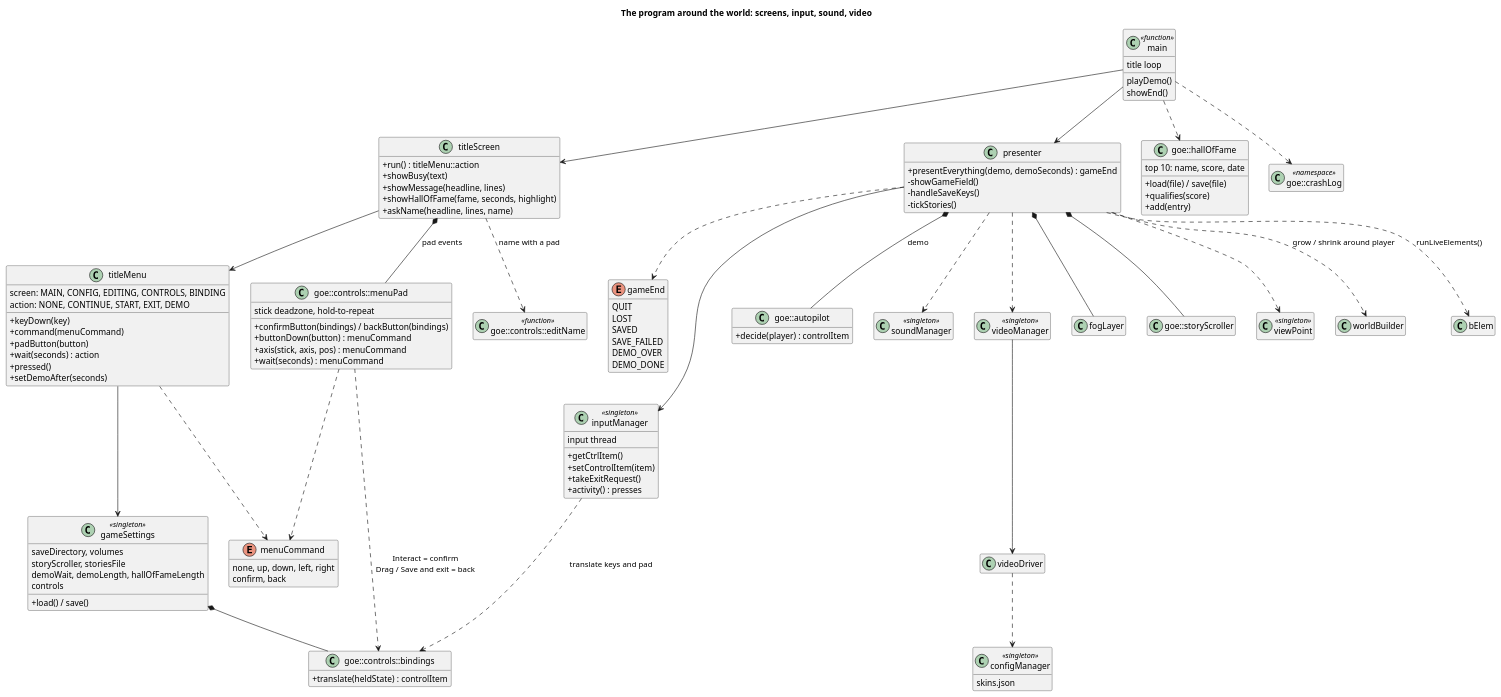
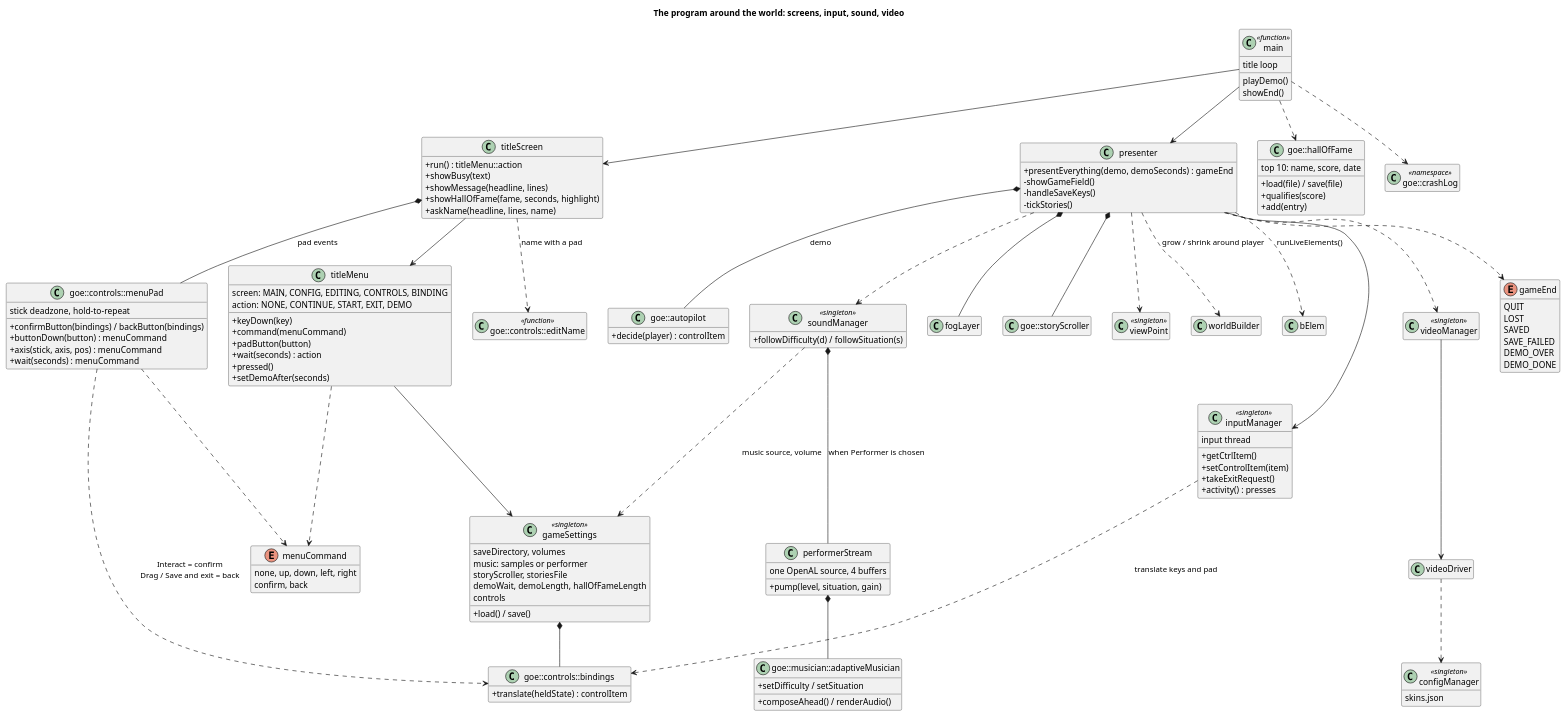
Before and after one commit to arielkonopka/Gardens-of-Eris: the diagram in docs/diagrams/03-application-classes.puml, drawn with PlantUML. The commit also changed 46 other files, not shown here.

First line of the commit message:
Add an adaptive procedural musician, chosen in Config

```diff
--- a/docs/diagrams/03-application-classes.puml
+++ b/docs/diagrams/03-application-classes.puml
@@ -1,116 +1,130 @@
 @startuml
 title The program around the world: screens, input, sound, video
 skinparam classAttributeIconSize 0
 hide empty members
 
 class main <<function>> {
   title loop
   playDemo()
   showEnd()
 }
 class titleScreen {
   +run() : titleMenu::action
   +showBusy(text)
   +showMessage(headline, lines)
   +showHallOfFame(fame, seconds, highlight)
   +askName(headline, lines, name)
 }
 class titleMenu {
   screen: MAIN, CONFIG, EDITING, CONTROLS, BINDING
   action: NONE, CONTINUE, START, EXIT, DEMO
   +keyDown(key)
   +command(menuCommand)
   +padButton(button)
   +wait(seconds) : action
   +pressed()
   +setDemoAfter(seconds)
 }
 class gameSettings <<singleton>> {
   saveDirectory, volumes
+  music: samples or performer
   storyScroller, storiesFile
   demoWait, demoLength, hallOfFameLength
   controls
   +load() / save()
 }
 class "goe::controls::bindings" as bindings {
   +translate(heldState) : controlItem
 }
 class "goe::controls::menuPad" as menuPad {
   stick deadzone, hold-to-repeat
   +confirmButton(bindings) / backButton(bindings)
   +buttonDown(button) : menuCommand
   +axis(stick, axis, pos) : menuCommand
   +wait(seconds) : menuCommand
 }
 enum menuCommand {
   none, up, down, left, right
   confirm, back
 }
 class "goe::controls::editName" as editName <<function>>
 class presenter {
   +presentEverything(demo, demoSeconds) : gameEnd
   -showGameField()
   -handleSaveKeys()
   -tickStories()
 }
 enum gameEnd {
   QUIT
   LOST
   SAVED
   SAVE_FAILED
   DEMO_OVER
   DEMO_DONE
 }
 class inputManager <<singleton>> {
   input thread
   +getCtrlItem()
   +setControlItem(item)
   +takeExitRequest()
   +activity() : presses
 }
 class "goe::autopilot" as autopilot {
   +decide(player) : controlItem
 }
 class "goe::hallOfFame" as hallOfFame {
   top 10: name, score, date
   +load(file) / save(file)
   +qualifies(score)
   +add(entry)
 }
-class soundManager <<singleton>>
+class soundManager <<singleton>> {
+  +followDifficulty(d) / followSituation(s)
+}
+class performerStream {
+  one OpenAL source, 4 buffers
+  +pump(level, situation, gain)
+}
+class "goe::musician::adaptiveMusician" as musician {
+  +setDifficulty / setSituation
+  +composeAhead() / renderAudio()
+}
 class videoManager <<singleton>>
 class videoDriver
 class configManager <<singleton>> {
   skins.json
 }
 class fogLayer
 class "goe::storyScroller" as storyScroller
 class viewPoint <<singleton>>
 class "goe::crashLog" as crashLog <<namespace>>
 
 main --> titleScreen
 main --> presenter
 main ..> hallOfFame
 main ..> crashLog
 titleScreen --> titleMenu
 titleScreen *-- menuPad : pad events
 titleScreen ..> editName : name with a pad
 menuPad ..> menuCommand
 menuPad ..> bindings : Interact = confirm\nDrag / Save and exit = back
 titleMenu ..> menuCommand
 titleMenu --> gameSettings
 gameSettings *-- bindings
 inputManager ..> bindings : translate keys and pad
 presenter --> inputManager
 presenter *-- autopilot : demo
 presenter *-- fogLayer
 presenter *-- storyScroller
 presenter ..> soundManager
+soundManager *-- performerStream : when Performer is chosen
+performerStream *-- musician
+soundManager ..> gameSettings : music source, volume
 presenter ..> videoManager
 presenter ..> viewPoint
 presenter ..> gameEnd
 videoManager --> videoDriver
 videoDriver ..> configManager
 presenter ..> "worldBuilder" : grow / shrink around player
 presenter ..> "bElem" : runLiveElements()
 @enduml
```
